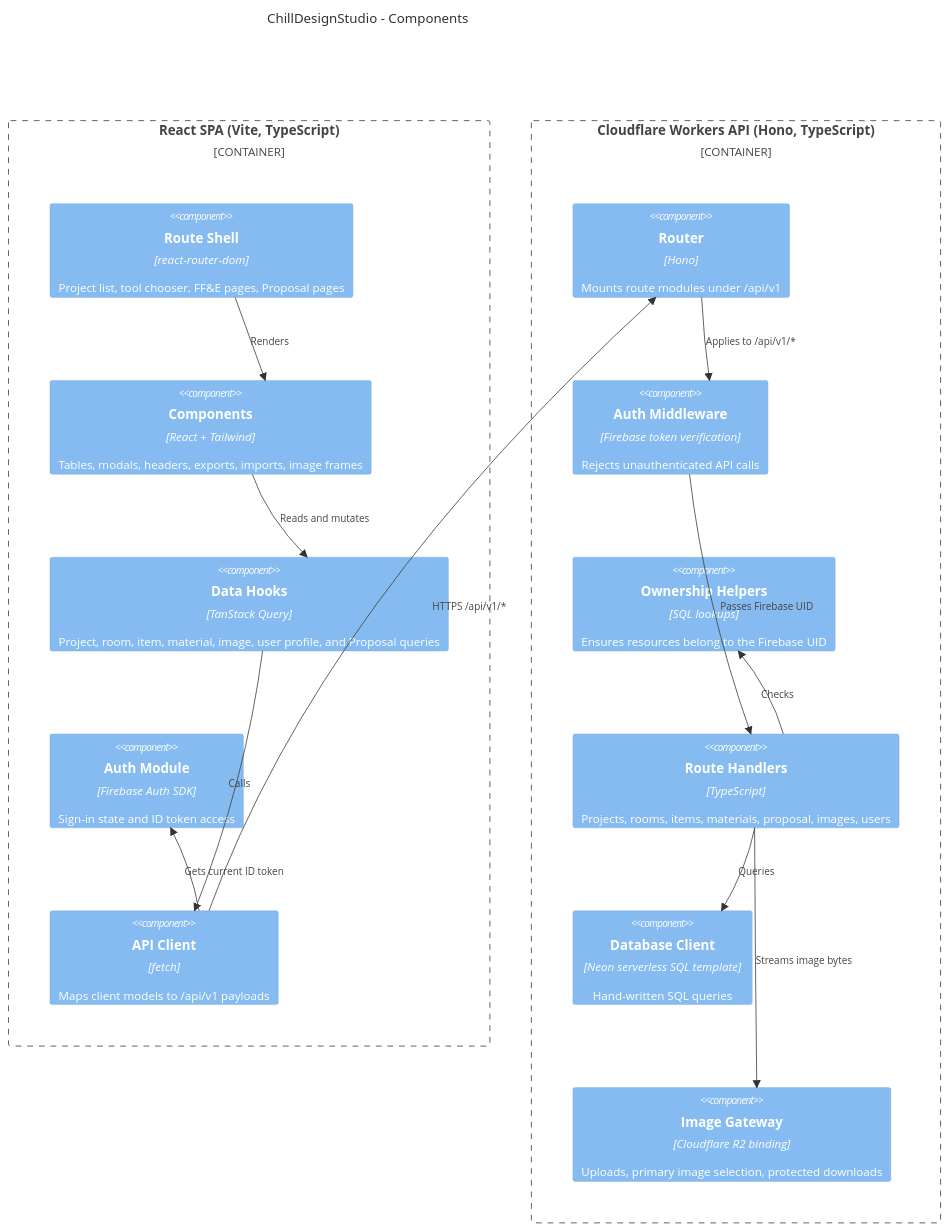
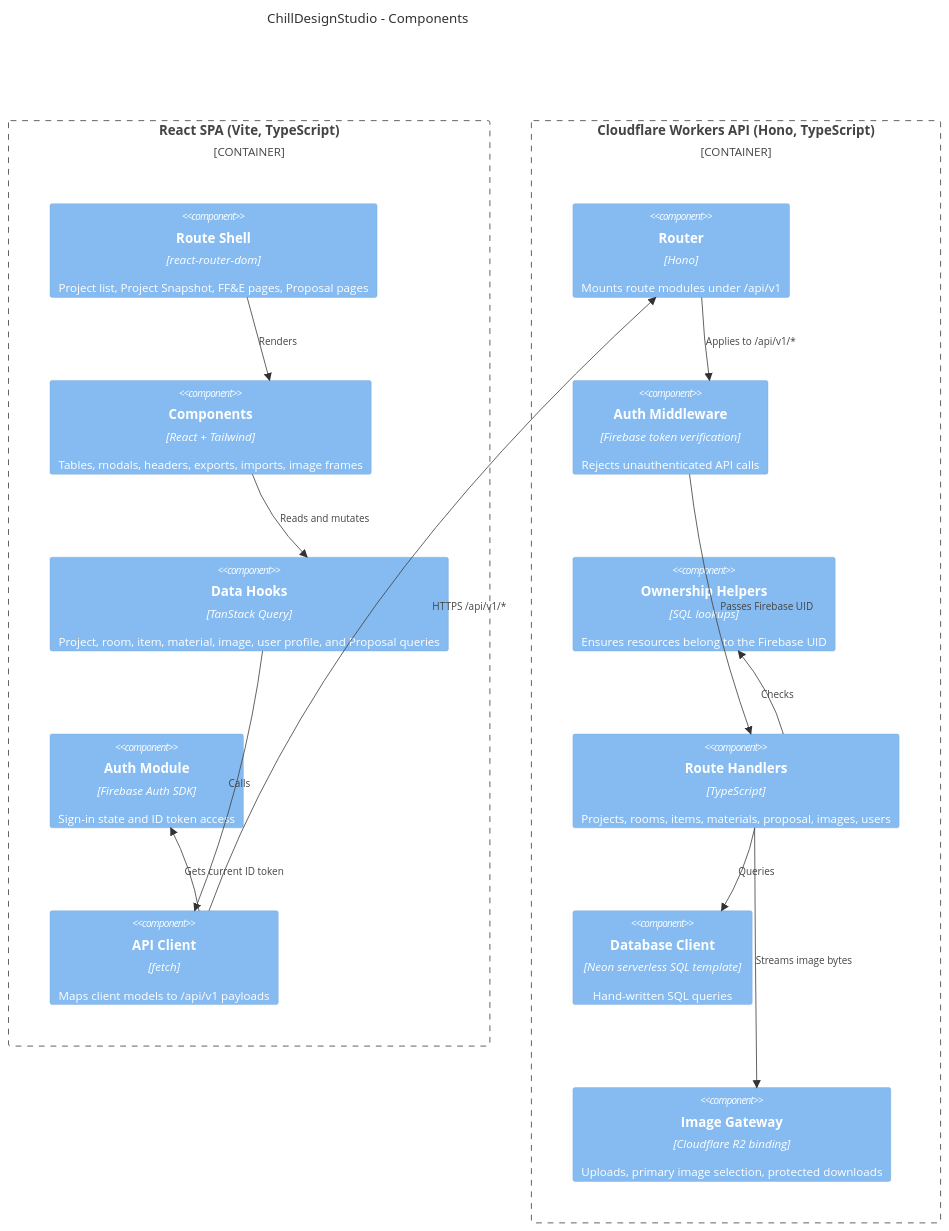
Before and after one commit to cweber12/ff-e-builder: the second of 5 diagrams in docs/architecture.md, drawn with Mermaid. The commit also changed other lines of this file and 8 other files, not shown here.

First line of the commit message:
feat(projects): add snapshot as default project landing page

````diff
--- a/docs/architecture.md
+++ b/docs/architecture.md
@@ -28,32 +28,32 @@
 ```mermaid
 C4Component
   title ChillDesignStudio - Components
 
   Container_Boundary(spa, "React SPA (Vite, TypeScript)") {
-    Component(routes, "Route Shell", "react-router-dom", "Project list, tool chooser, FF&E pages, Proposal pages")
+    Component(routes, "Route Shell", "react-router-dom", "Project list, Project Snapshot, FF&E pages, Proposal pages")
     Component(ui, "Components", "React + Tailwind", "Tables, modals, headers, exports, imports, image frames")
     Component(hooks, "Data Hooks", "TanStack Query", "Project, room, item, material, image, user profile, and Proposal queries")
     Component(auth, "Auth Module", "Firebase Auth SDK", "Sign-in state and ID token access")
     Component(apiClient, "API Client", "fetch", "Maps client models to /api/v1 payloads")
   }
 
   Container_Boundary(worker, "Cloudflare Workers API (Hono, TypeScript)") {
     Component(router, "Router", "Hono", "Mounts route modules under /api/v1")
     Component(authMw, "Auth Middleware", "Firebase token verification", "Rejects unauthenticated API calls")
     Component(ownership, "Ownership Helpers", "SQL lookups", "Ensures resources belong to the Firebase UID")
     Component(routeHandlers, "Route Handlers", "TypeScript", "Projects, rooms, items, materials, proposal, images, users")
     Component(db, "Database Client", "Neon serverless SQL template", "Hand-written SQL queries")
     Component(imageGateway, "Image Gateway", "Cloudflare R2 binding", "Uploads, primary image selection, protected downloads")
   }
 
   Rel(routes, ui, "Renders")
   Rel(ui, hooks, "Reads and mutates")
   Rel(hooks, apiClient, "Calls")
   Rel(apiClient, auth, "Gets current ID token")
   Rel(apiClient, router, "HTTPS /api/v1/*")
   Rel(router, authMw, "Applies to /api/v1/*")
   Rel(authMw, routeHandlers, "Passes Firebase UID")
   Rel(routeHandlers, ownership, "Checks")
   Rel(routeHandlers, db, "Queries")
   Rel(routeHandlers, imageGateway, "Streams image bytes")
 ```
````
